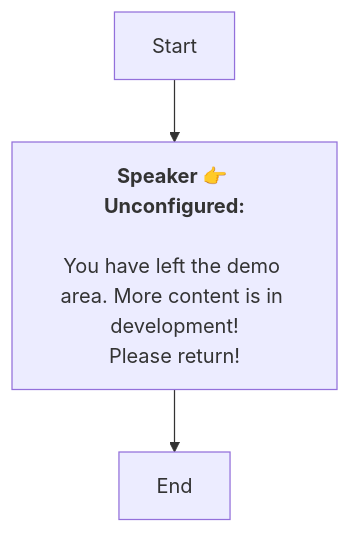
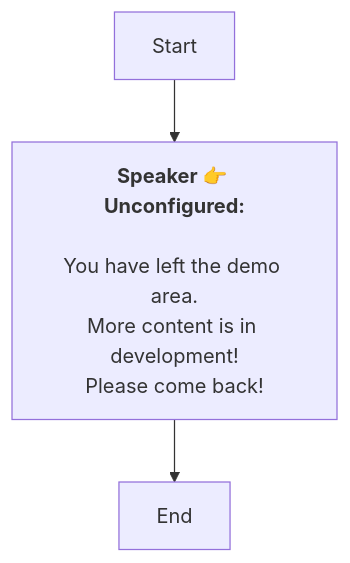
The diagram in En/DemoTips.md (SoftHu/tos_avg), drawn with Mermaid before and after one commit. The commit also changed 297 other files, not shown here.

````diff
--- a/En/DemoTips.md
+++ b/En/DemoTips.md
@@ -1,9 +1,10 @@
 ```mermaid
 graph
 Start -->1731547103633499[<b>Speaker 👉 Unconfigured:</b>
 
-You have left the demo area. More content is in development!
-Please return!]
+You have left the demo area.
+More content is in development!
+Please come back!]
 1731547103633499 -->1731547111659612[End]
 
  ```
````
